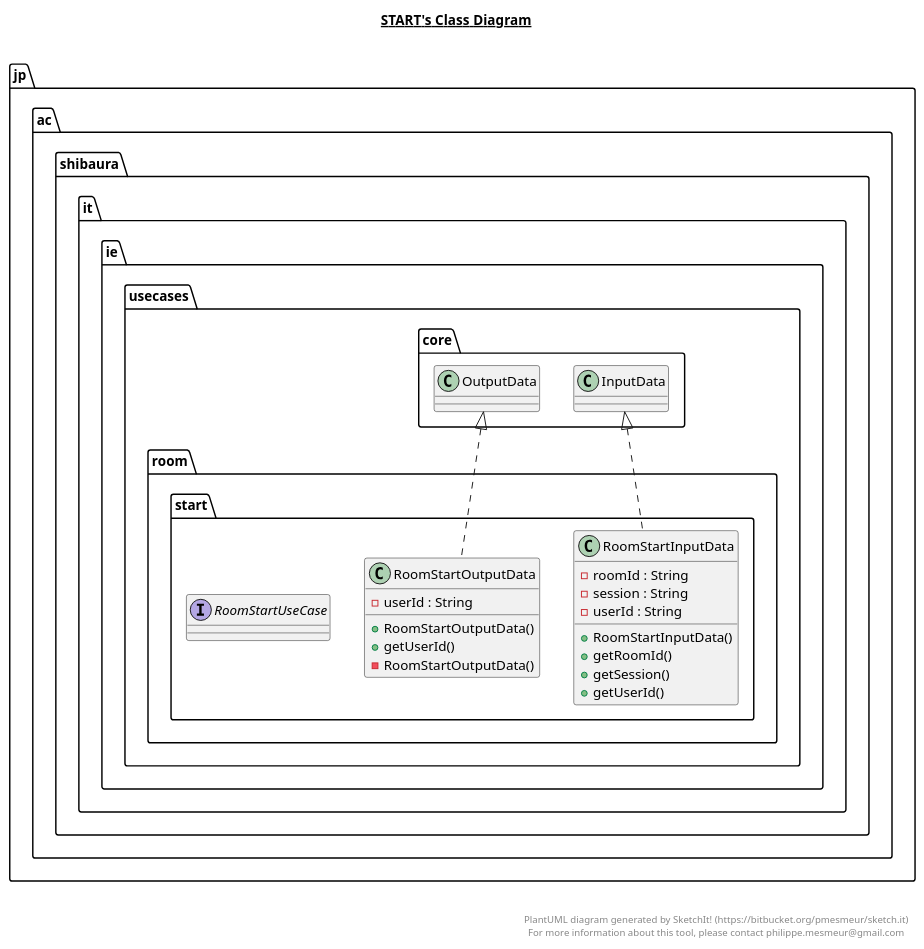
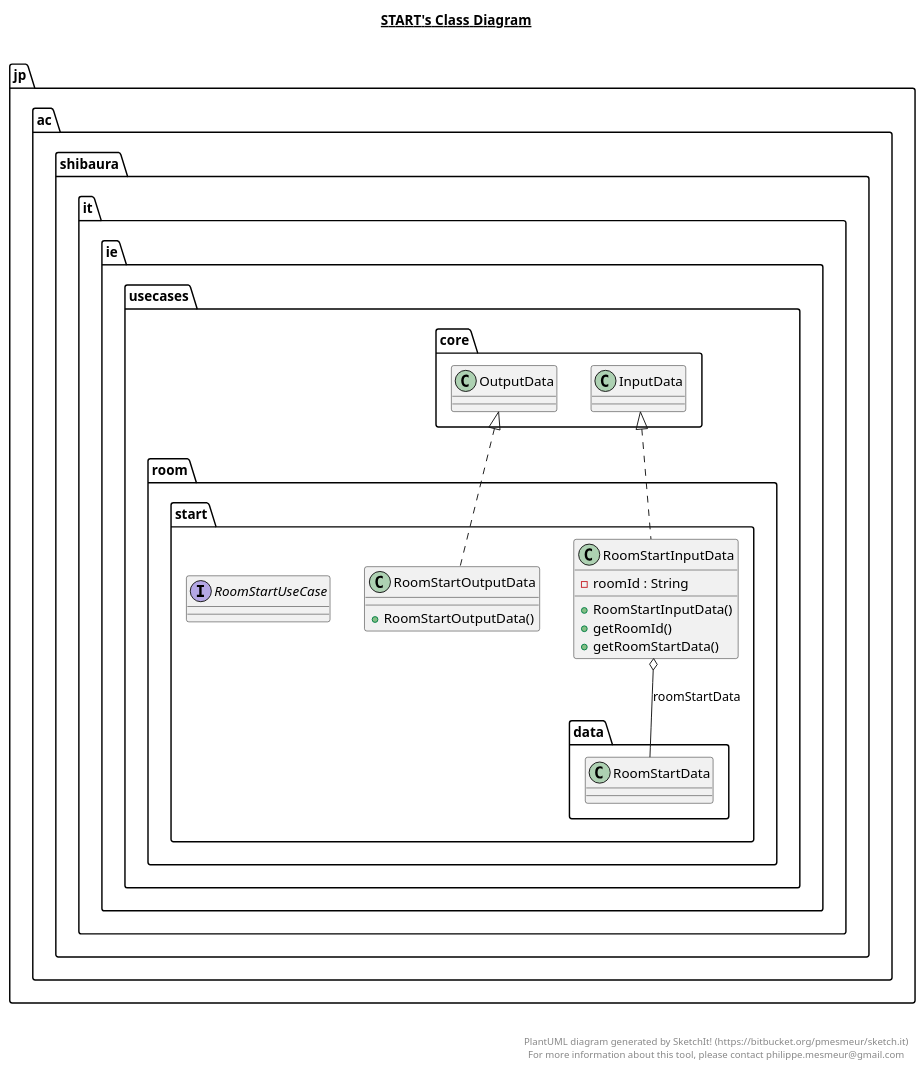
The diagram in src/jp/ac/shibaura/it/ie/usecases/room/start/start.plantuml (THEToilet/chatAppServer), drawn with PlantUML before and after one commit. The commit also changed 52 other files, not shown here.

```diff
--- a/src/jp/ac/shibaura/it/ie/usecases/room/start/start.plantuml
+++ b/src/jp/ac/shibaura/it/ie/usecases/room/start/start.plantuml
@@ -1,51 +1,46 @@
 @startuml
 
 title __START's Class Diagram__\n
 
   namespace jp.ac.shibaura.it.ie {
     namespace usecases.room.start {
       class jp.ac.shibaura.it.ie.usecases.room.start.RoomStartInputData {
           - roomId : String
-          - session : String
-          - userId : String
           + RoomStartInputData()
           + getRoomId()
-          + getSession()
-          + getUserId()
+          + getRoomStartData()
       }
     }
   }
   
 
   namespace jp.ac.shibaura.it.ie {
     namespace usecases.room.start {
       class jp.ac.shibaura.it.ie.usecases.room.start.RoomStartOutputData {
-          - userId : String
           + RoomStartOutputData()
-          + getUserId()
-          - RoomStartOutputData()
       }
     }
   }
   
 
   namespace jp.ac.shibaura.it.ie {
     namespace usecases.room.start {
       interface jp.ac.shibaura.it.ie.usecases.room.start.RoomStartUseCase {
       }
     }
   }
   
 
   jp.ac.shibaura.it.ie.usecases.room.start.RoomStartInputData .up.|> jp.ac.shibaura.it.ie.usecases.core.InputData
+  jp.ac.shibaura.it.ie.usecases.room.start.RoomStartInputData o-- jp.ac.shibaura.it.ie.usecases.room.start.data.RoomStartData : roomStartData
   jp.ac.shibaura.it.ie.usecases.room.start.RoomStartOutputData .up.|> jp.ac.shibaura.it.ie.usecases.core.OutputData
 
 
 right footer
 
 
 PlantUML diagram generated by SketchIt! (https://bitbucket.org/pmesmeur/sketch.it)
 For more information about this tool, please contact philippe.mesmeur@gmail.com
 endfooter
 
 @enduml
```
